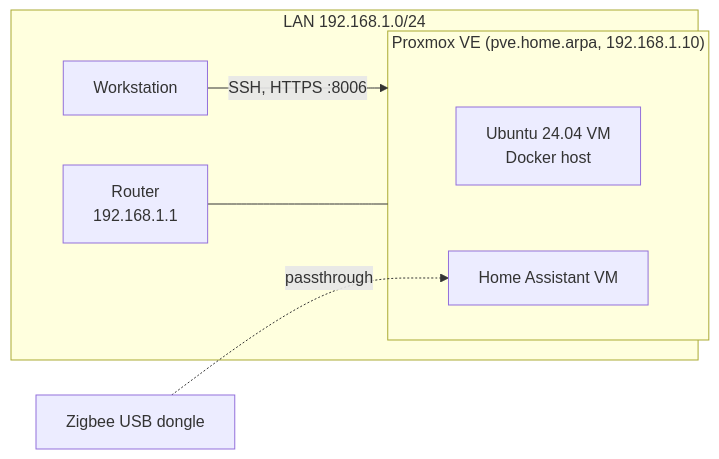
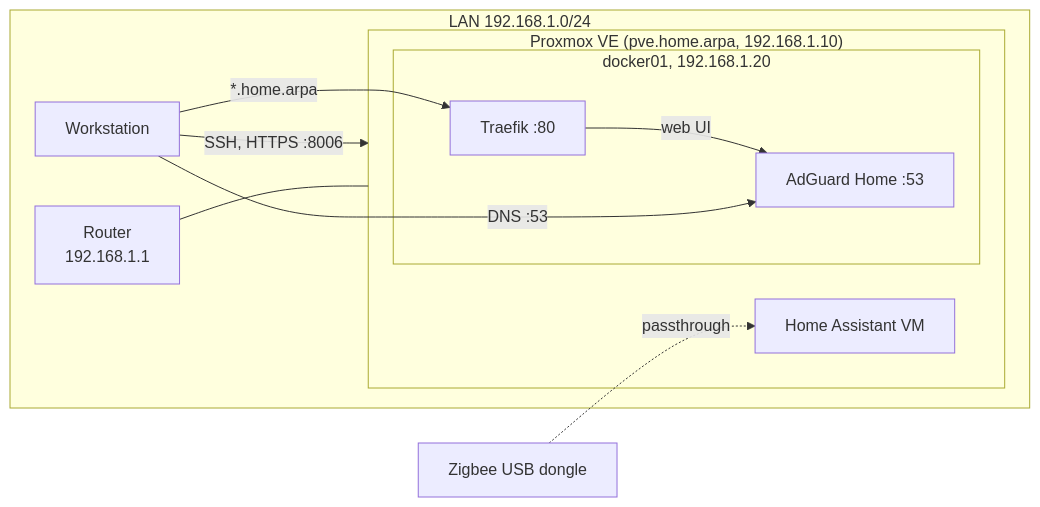
The diagram in README.md (ralferik/homelab), drawn with Mermaid before and after one commit. The commit also changed other lines of this file, not shown here.

Commit message:
Update README for Traefik and AdGuard

````diff
--- a/README.md
+++ b/README.md
@@ -12,14 +12,20 @@
 ```mermaid
 flowchart LR
     subgraph LAN["LAN 192.168.1.0/24"]
         router["Router<br/>192.168.1.1"]
         ws["Workstation"]
         subgraph pve["Proxmox VE (pve.home.arpa, 192.168.1.10)"]
-            docker["Ubuntu 24.04 VM<br/>Docker host"]
+            subgraph docker["docker01, 192.168.1.20"]
+                traefik["Traefik :80"]
+                adguard["AdGuard Home :53"]
+            end
             ha["Home Assistant VM"]
         end
     end
     ws -- "SSH, HTTPS :8006" --> pve
+    ws -- "*.home.arpa" --> traefik
+    traefik -- "web UI" --> adguard
+    ws -- "DNS :53" --> adguard
     router --- pve
     dongle["Zigbee USB dongle"] -. passthrough .-> ha
 ```
````
